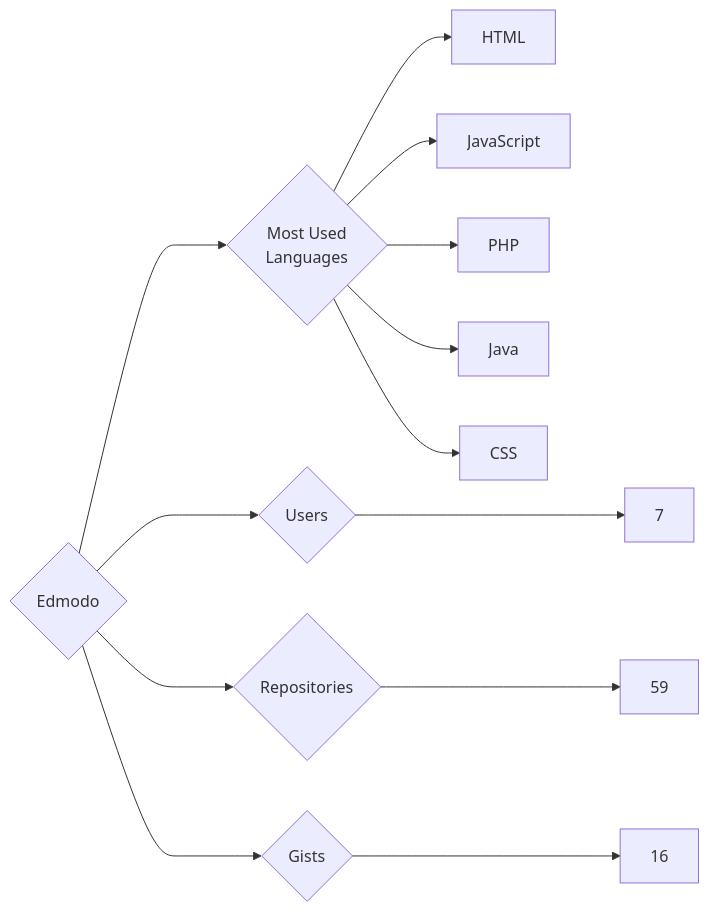
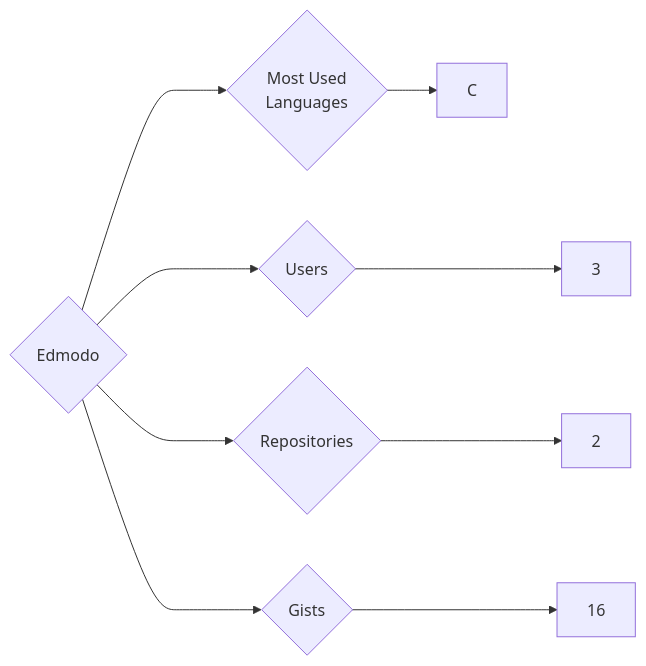
The diagram in targets/Edmodo/README.md (trickest/insiders), drawn with Mermaid before and after one commit. The commit also changed 998 other files, not shown here.

````diff
--- a/targets/Edmodo/README.md
+++ b/targets/Edmodo/README.md
@@ -3,13 +3,9 @@
 ```mermaid
 graph LR
 COMPANY_NAME{Edmodo}
-COMPANY_NAME ---> U{Users} ---> UN[7]
-COMPANY_NAME ---> R{Repositories} ---> RN[59]
+COMPANY_NAME ---> U{Users} ---> UN[3]
+COMPANY_NAME ---> R{Repositories} ---> RN[2]
 COMPANY_NAME ---> G{Gists} ---> GN[16]
 COMPANY_NAME ---> ML{Most Used<br>Languages}
-ML --> HTML[HTML]
-ML --> JavaScript[JavaScript]
-ML --> PHP[PHP]
-ML --> Java[Java]
-ML --> CSS[CSS]
+ML --> C[C]
 ```
````
